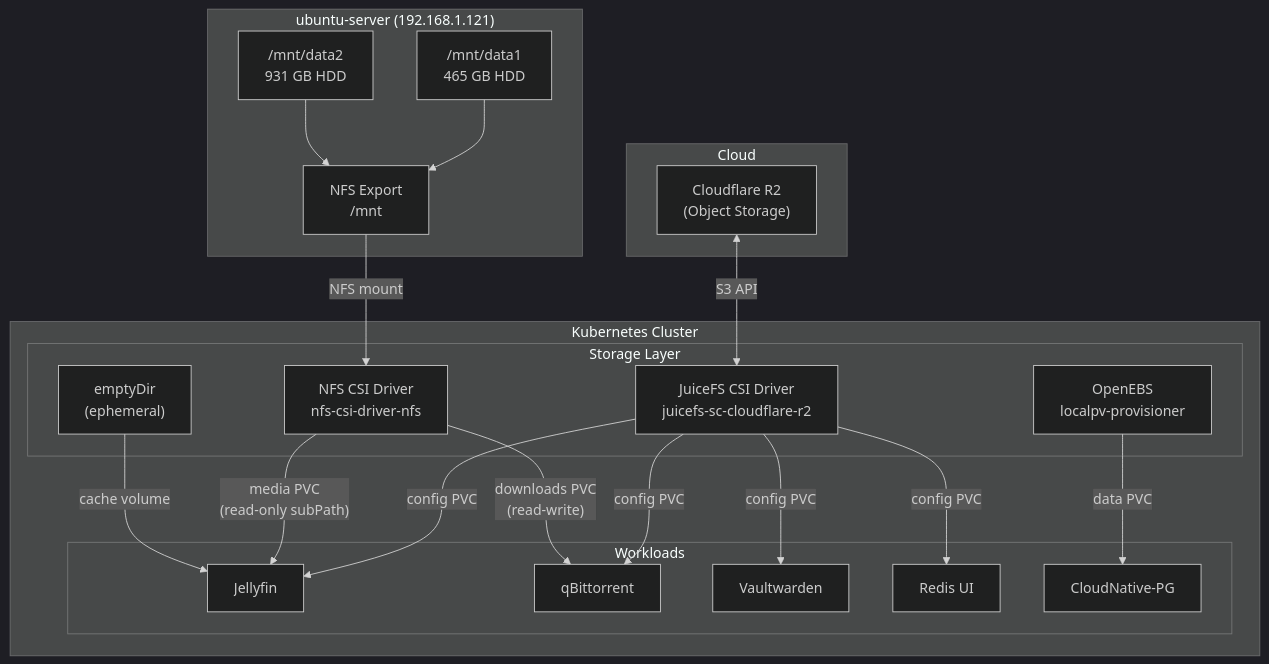
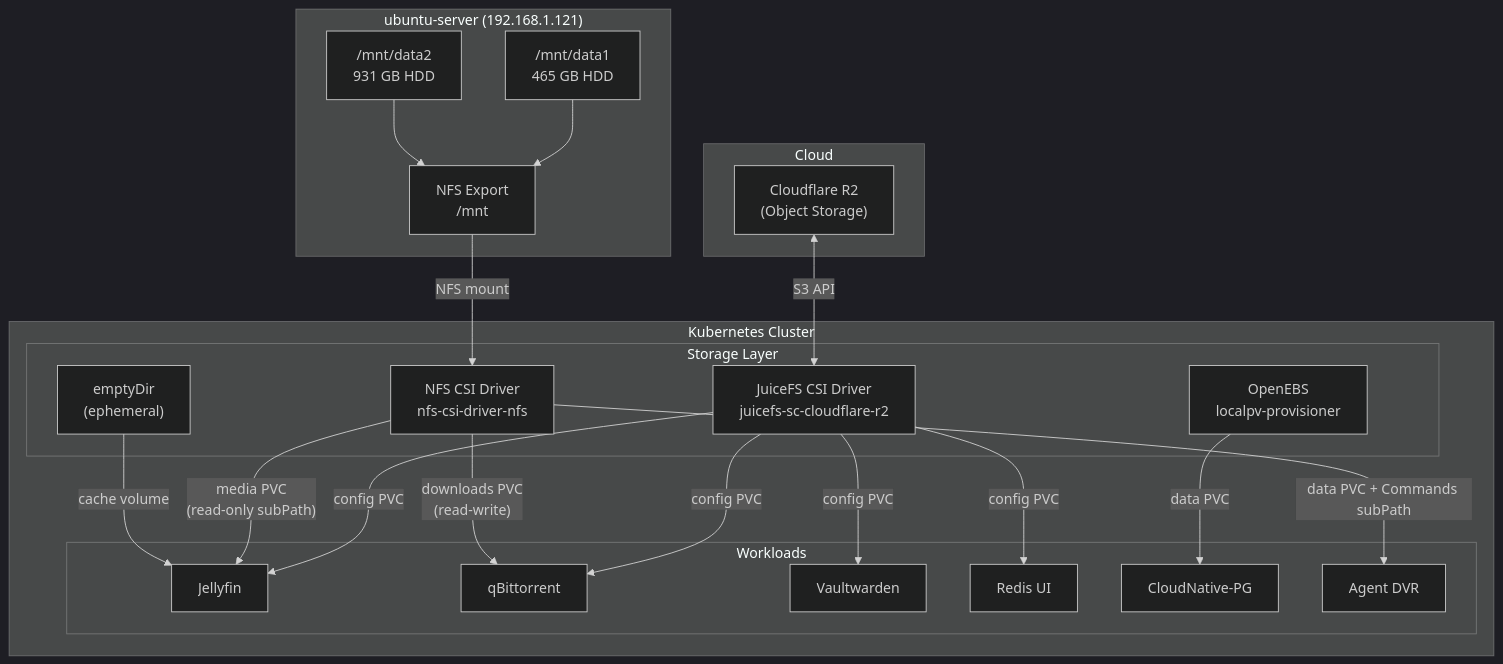
The first of 2 diagrams in readme.md (ngodat0103/dev-oops), drawn with Mermaid (dark theme) before and after one commit. The commit also changed other lines of this file and 11 other files, not shown here.

First line of the commit message:
feat: migrate Agent DVR to Kubernetes and update cluster infra

````diff
--- a/readme.md
+++ b/readme.md
@@ -308,45 +309,47 @@
 ```mermaid
 flowchart TD
     subgraph cloud [Cloud]
         R2["Cloudflare R2\n(Object Storage)"]
     end
 
     subgraph ubuntu_server ["ubuntu-server (192.168.1.121)"]
         data1["/mnt/data1\n465 GB HDD"]
         data2["/mnt/data2\n931 GB HDD"]
         nfs_export["NFS Export\n/mnt"]
         data1 --> nfs_export
         data2 --> nfs_export
     end
 
     subgraph k8s ["Kubernetes Cluster"]
         subgraph storage_layer ["Storage Layer"]
             juicefs["JuiceFS CSI Driver\njuicefs-sc-cloudflare-r2"]
             nfs_csi["NFS CSI Driver\nnfs-csi-driver-nfs"]
             openebs["OpenEBS\nlocalpv-provisioner"]
             emptydir["emptyDir\n(ephemeral)"]
         end
 
         subgraph workloads ["Workloads"]
             jellyfin["Jellyfin"]
             qbittorrent["qBittorrent"]
             vaultwarden["Vaultwarden"]
             redis_ui["Redis UI"]
             cnpg["CloudNative-PG"]
+            agentdvr["Agent DVR"]
         end
     end
 
     R2 <-->|"S3 API"| juicefs
     nfs_export -->|"NFS mount"| nfs_csi
 
     juicefs -->|"config PVC"| jellyfin
     juicefs -->|"config PVC"| qbittorrent
     juicefs -->|"config PVC"| vaultwarden
     juicefs -->|"config PVC"| redis_ui
 
     nfs_csi -->|"media PVC\n(read-only subPath)"| jellyfin
     nfs_csi -->|"downloads PVC\n(read-write)"| qbittorrent
 
     openebs -->|"data PVC"| cnpg
+    nfs_csi -->|"data PVC + Commands subPath"| agentdvr
     emptydir -->|"cache volume"| jellyfin
 ```
````
